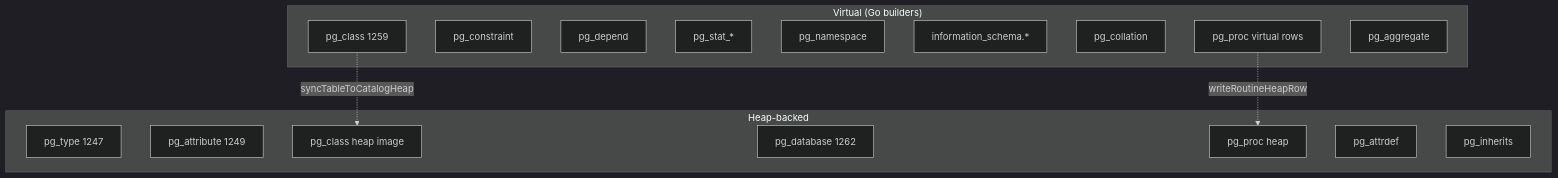
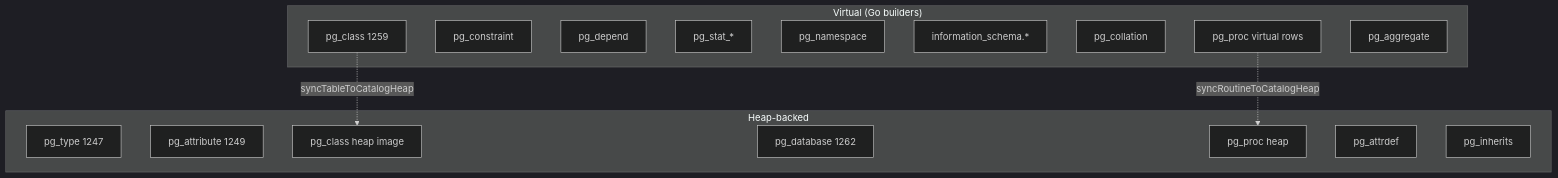
One commit to ryogrid/goopg changed the second of 5 diagrams in docs/wiki/modules/catalog.md. Above: the diagram before and after it, drawn with Mermaid (dark theme). The commit also changed other lines of this file and 2 other files, not shown here.

Commit message:
docs(wiki): fix invented symbols in catalog/optimizer/xlog — M-NIGHTLY

````diff
--- a/docs/wiki/modules/catalog.md
+++ b/docs/wiki/modules/catalog.md
@@ -258,25 +258,25 @@
 ```mermaid
 flowchart TD
     subgraph Virtual["Virtual (Go builders)"]
         pg_class[pg_class 1259]
         pg_constraint[pg_constraint]
         pg_depend[pg_depend]
         pg_stat_tables[pg_stat_*]
         pg_namespace[pg_namespace]
         information_schema[information_schema.*]
         pg_collation[pg_collation]
         pg_proc_virtual[pg_proc virtual rows]
         pg_aggregate[pg_aggregate]
     end
     subgraph HeapBacked["Heap-backed"]
         pg_type[pg_type 1247]
         pg_attribute[pg_attribute 1249]
         pg_class_heap[pg_class heap image]
         pg_database[pg_database 1262]
         pg_proc_heap[pg_proc heap]
         pg_attrdef[pg_attrdef]
         pg_inherits[pg_inherits]
     end
     pg_class -.->|"syncTableToCatalogHeap"| pg_class_heap
-    pg_proc_virtual -.->|"writeRoutineHeapRow"| pg_proc_heap
+    pg_proc_virtual -.->|"syncRoutineToCatalogHeap"| pg_proc_heap
 ```
````
